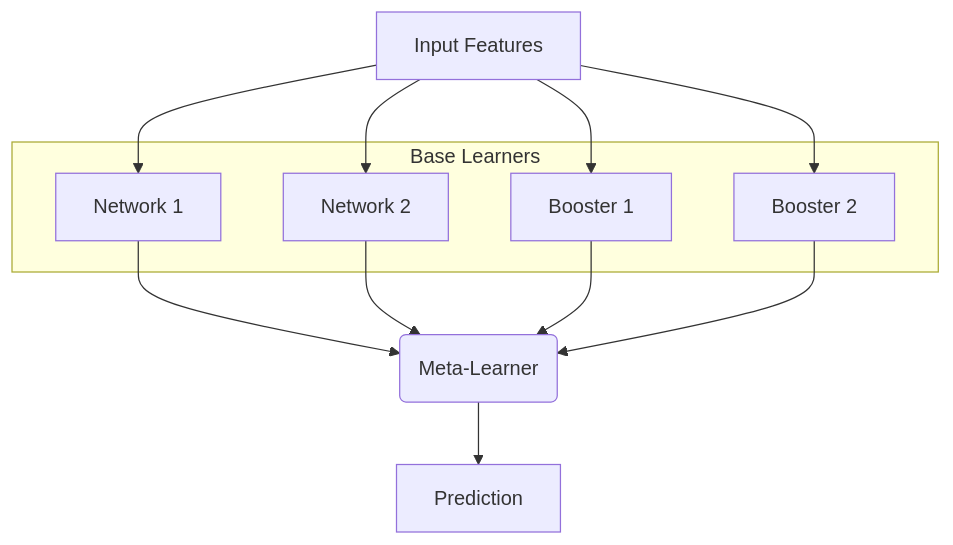
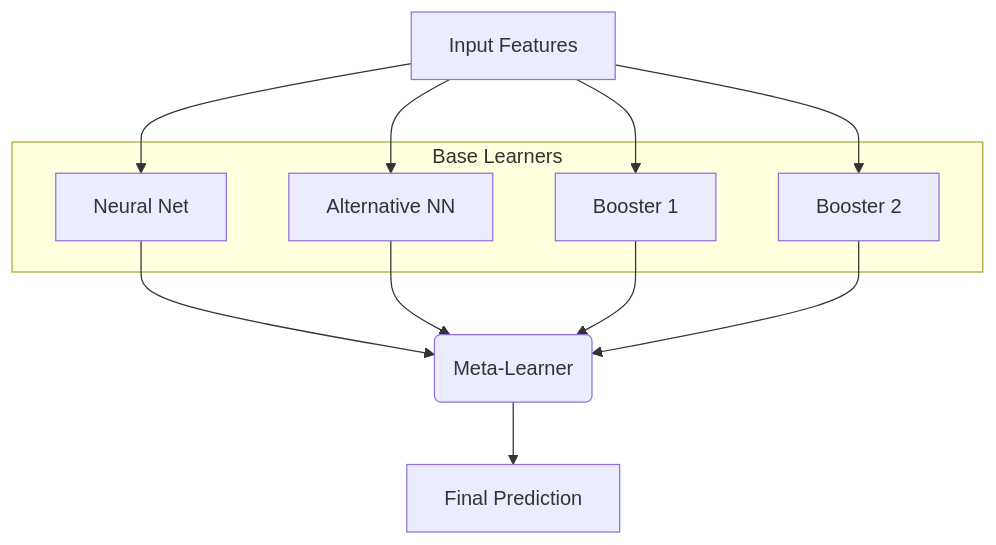
The second of 4 diagrams in _posts/2026-04-27-from-ml-to-dl.md (iclr-blogposts/2026), drawn with Mermaid before and after one commit. The commit also changed other lines of this file and 1 other file, not shown here.

````diff
--- a/_posts/2026-04-27-from-ml-to-dl.md
+++ b/_posts/2026-04-27-from-ml-to-dl.md
@@ -128,25 +130,24 @@
 ```mermaid
 graph TD
   A[Input Features]
 
   subgraph "Base Learners"
-      B[Network 1]
-      C[Network 2]
+      B[Neural Net]
+      C[Alternative NN]
       D[Booster 1]
       E[Booster 2]
   end
 
   A --> B
   A --> C
   A --> D
   A --> E
 
   F(Meta-Learner)
+  B --> F
+  C --> F
+  D --> F
+  E --> F
 
-  B  --> F
-  C  --> F
-  D  --> F
-  E  --> F
-
-  F --> G[Prediction]
+  F --> G[Final Prediction]
 ```
````
